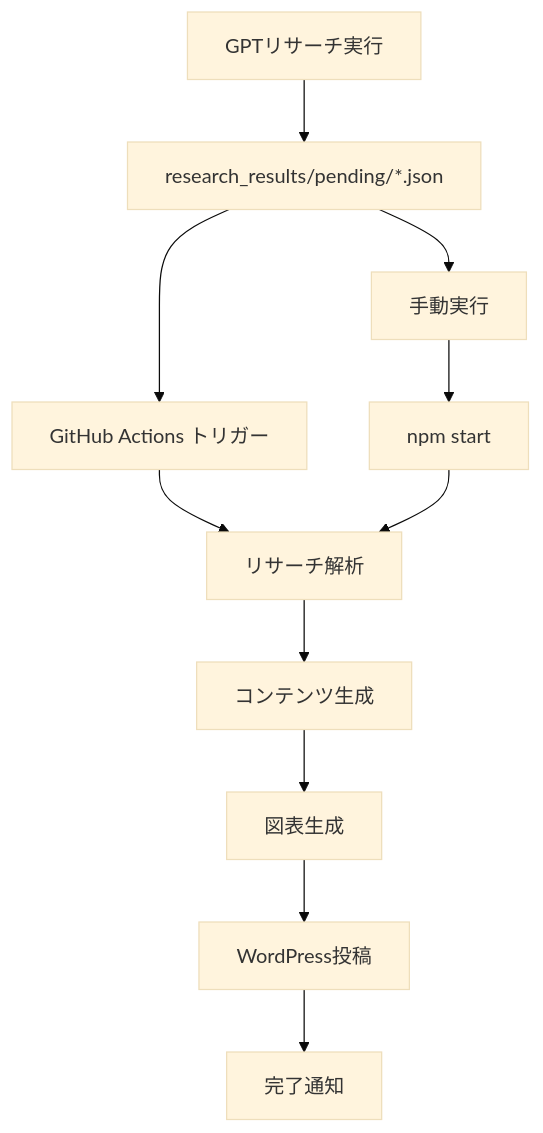
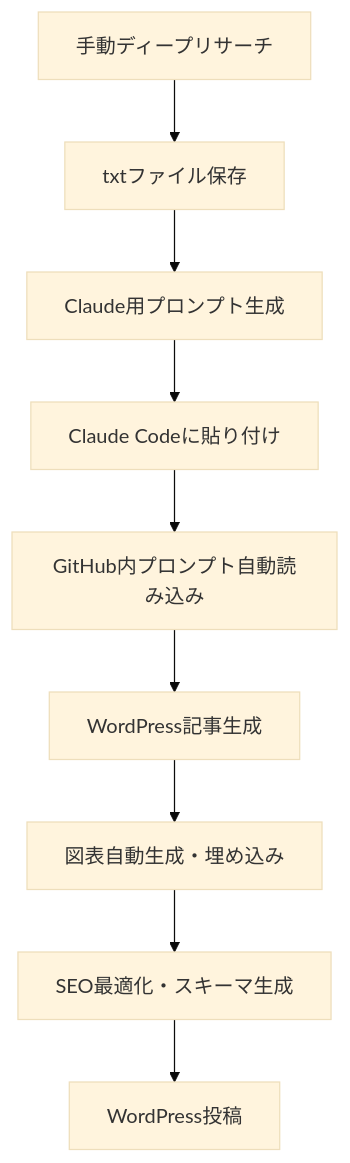
Before and after one commit to Ezark213/blog-prompt: the diagram in README.md, drawn with Mermaid (base theme). The commit also changed other lines of this file and 35 other files, not shown here.

First line of the commit message:
🚀 完全自動化システム実装: GPT→Claude Code→WordPress複数記事対応

````diff
--- a/README.md
+++ b/README.md
@@ -186,14 +251,11 @@
 ```mermaid
 graph TD
-    A[GPTリサーチ実行] --> B[research_results/pending/*.json]
-    B --> C[GitHub Actions トリガー]
-    C --> D[リサーチ解析]
-    D --> E[コンテンツ生成]
-    E --> F[図表生成]
-    F --> G[WordPress投稿]
-    G --> H[完了通知]
-    
-    B --> I[手動実行]
-    I --> J[npm start]
-    J --> D
+    A[手動ディープリサーチ] --> B[txtファイル保存]
+    B --> C[Claude用プロンプト生成]
+    C --> D[Claude Codeに貼り付け]
+    D --> E[GitHub内プロンプト自動読み込み]
+    E --> F[WordPress記事生成]
+    F --> G[図表自動生成・埋め込み]
+    G --> H[SEO最適化・スキーマ生成]
+    H --> I[WordPress投稿]
 ```
````
